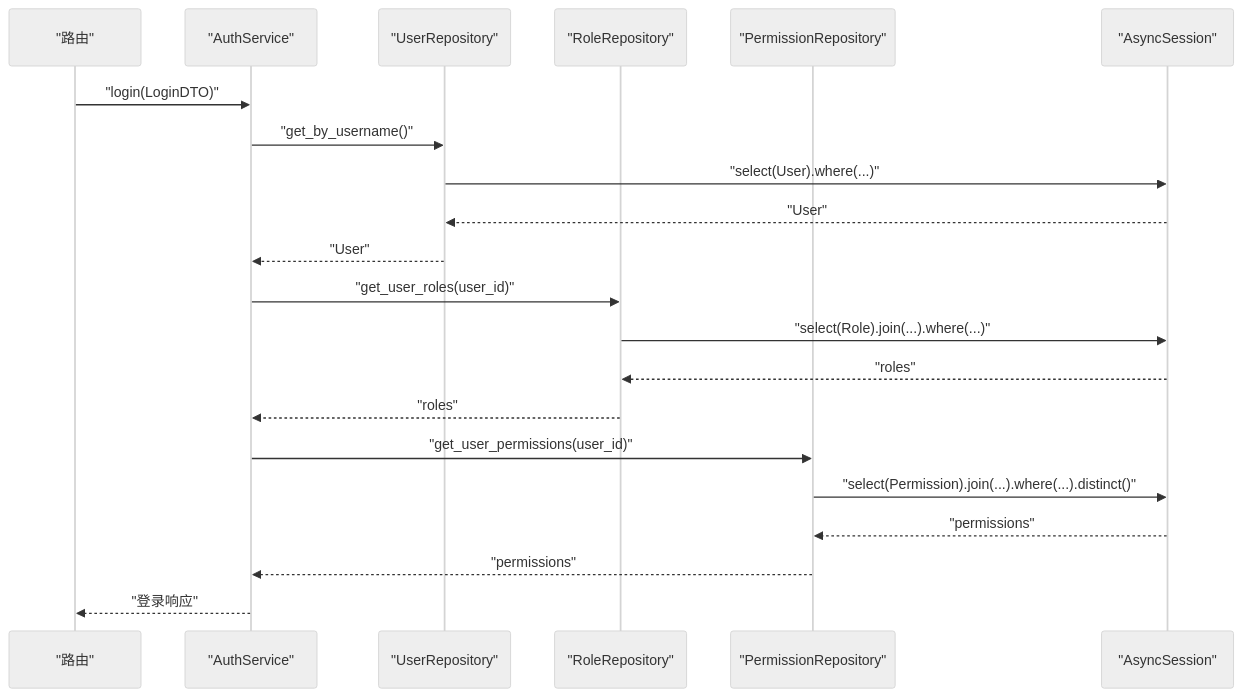
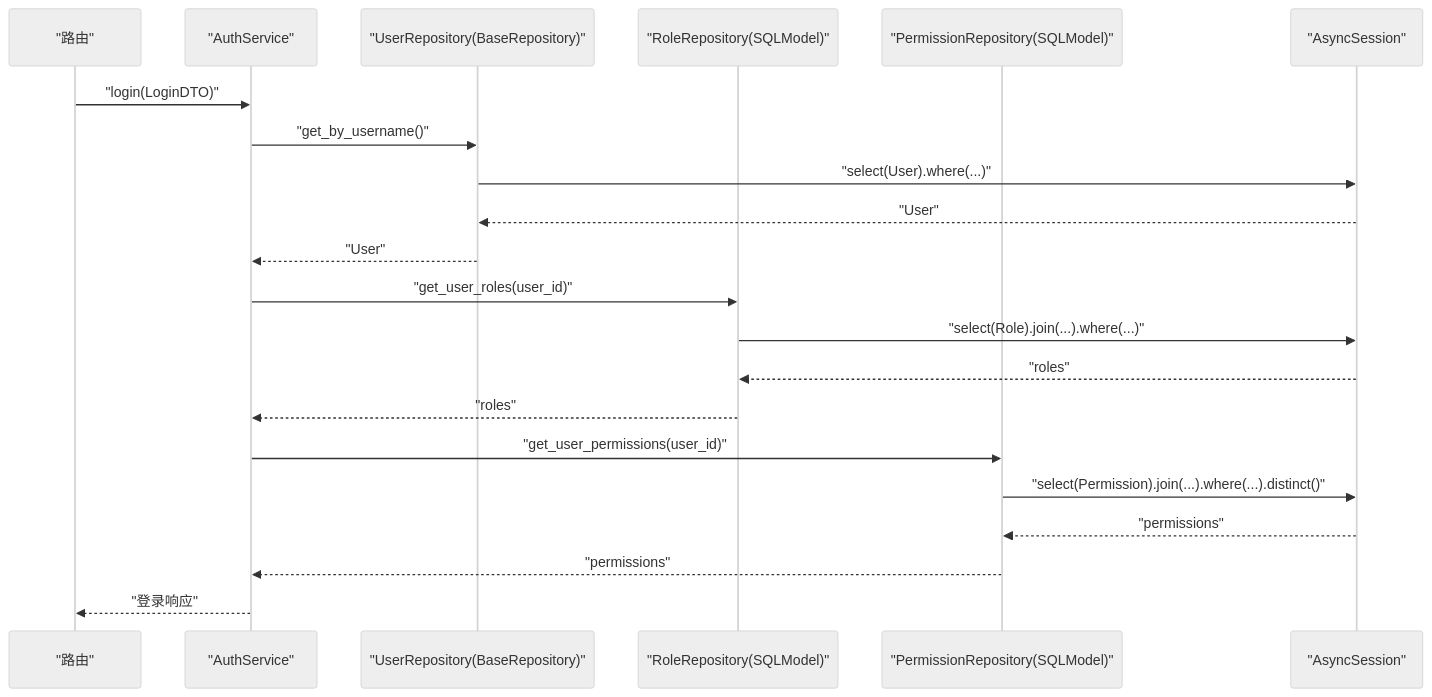
Before and after one commit to taoweidong/Hello-FastApi: the fifth of 7 diagrams in .qoder/repowiki/zh/content/后端架构设计/DDD 分层架构详解/基础设施层（Data Access）.md, drawn with Mermaid (neutral theme). The commit also changed other lines of this file and 11 other files, not shown here.

````diff
--- a/.qoder/repowiki/zh/content/后端架构设计/DDD 分层架构详解/基础设施层（Data Access）.md
+++ b/.qoder/repowiki/zh/content/后端架构设计/DDD 分层架构详解/基础设施层（Data Access）.md
@@ -255,23 +367,23 @@
 ```mermaid
 sequenceDiagram
 participant API as "路由"
 participant Svc as "AuthService"
-participant URepo as "UserRepository"
-participant RRepo as "RoleRepository"
-participant PRepo as "PermissionRepository"
+participant URepo as "UserRepository(BaseRepository)"
+participant RRepo as "RoleRepository(SQLModel)"
+participant PRepo as "PermissionRepository(SQLModel)"
 participant DB as "AsyncSession"
 API->>Svc : "login(LoginDTO)"
 Svc->>URepo : "get_by_username()"
 URepo->>DB : "select(User).where(...)"
 DB-->>URepo : "User"
 URepo-->>Svc : "User"
 Svc->>RRepo : "get_user_roles(user_id)"
 RRepo->>DB : "select(Role).join(...).where(...)"
 DB-->>RRepo : "roles"
 RRepo-->>Svc : "roles"
 Svc->>PRepo : "get_user_permissions(user_id)"
 PRepo->>DB : "select(Permission).join(...).where(...).distinct()"
 DB-->>PRepo : "permissions"
 PRepo-->>Svc : "permissions"
 Svc-->>API : "登录响应"
 ```
````
